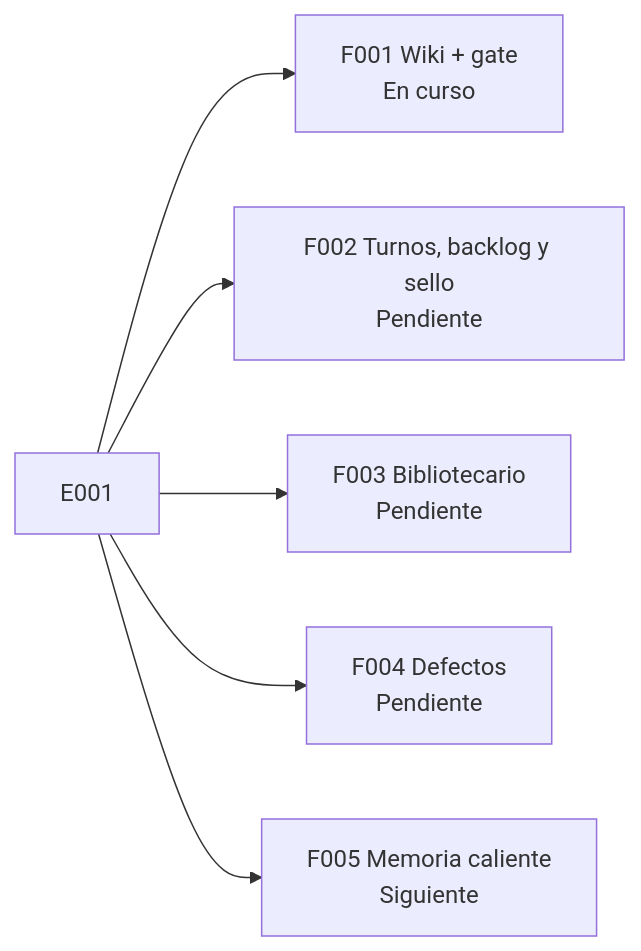
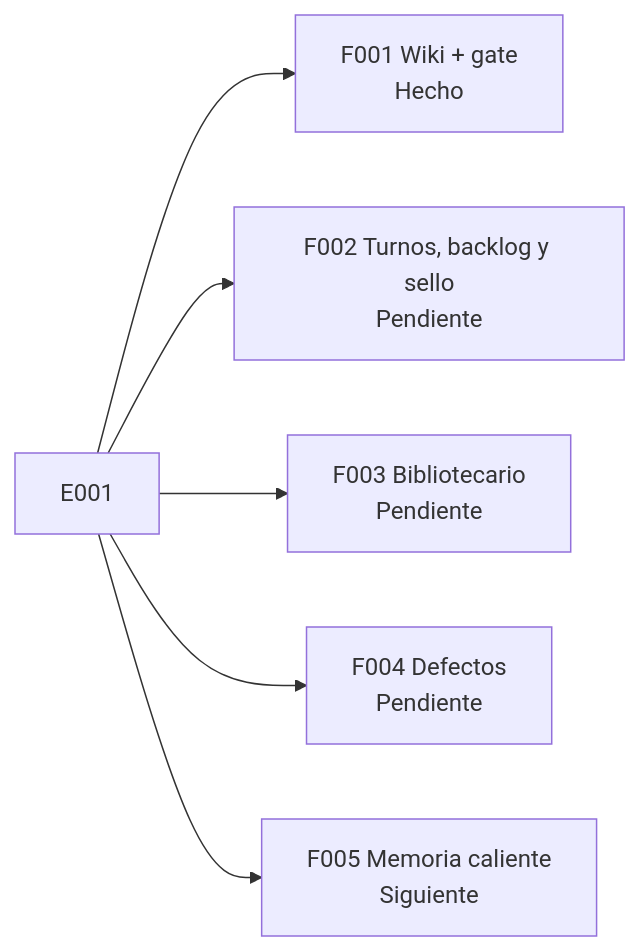
Before and after one commit to jliberal-aquas/aquas-central-harness-government: the second of 2 diagrams in docs/E001/README.md, drawn with Mermaid. The commit also changed other lines of this file and 8 other files, not shown here.

First line of the commit message:
Gate wiki: contrato y evidencia, migas y trazabilidad de pruebas (S004 T1+T2)

````diff
--- a/docs/E001/README.md
+++ b/docs/E001/README.md
@@ -120,8 +120,8 @@
 ```mermaid
 flowchart LR
-    E["E001"] --> F1["F001 Wiki + gate<br/>En curso"]
+    E["E001"] --> F1["F001 Wiki + gate<br/>Hecho"]
     E --> F2["F002 Turnos, backlog y sello<br/>Pendiente"]
     E --> F3["F003 Bibliotecario<br/>Pendiente"]
     E --> F4["F004 Defectos<br/>Pendiente"]
     E --> F5["F005 Memoria caliente<br/>Siguiente"]
 ```
````
